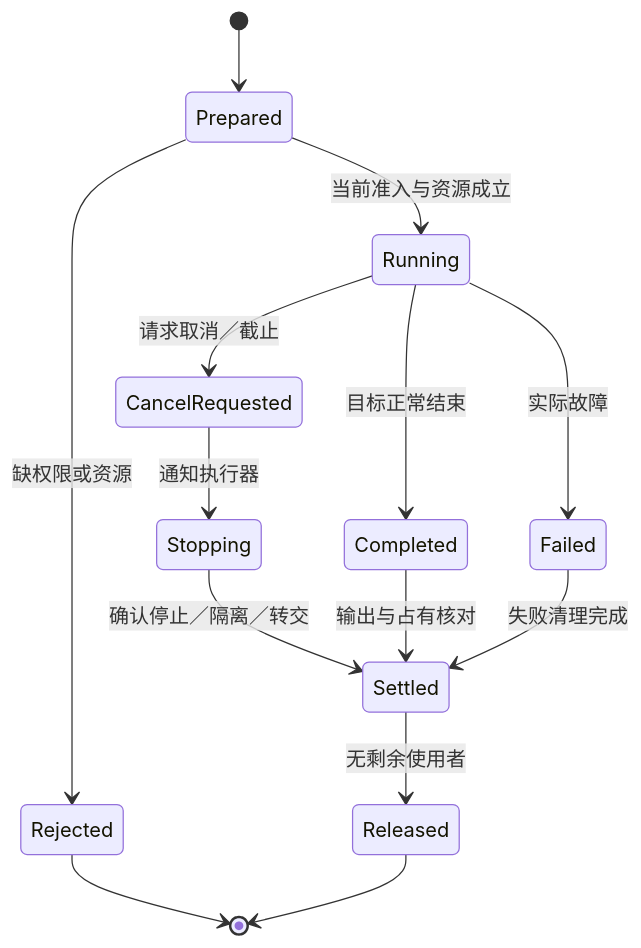
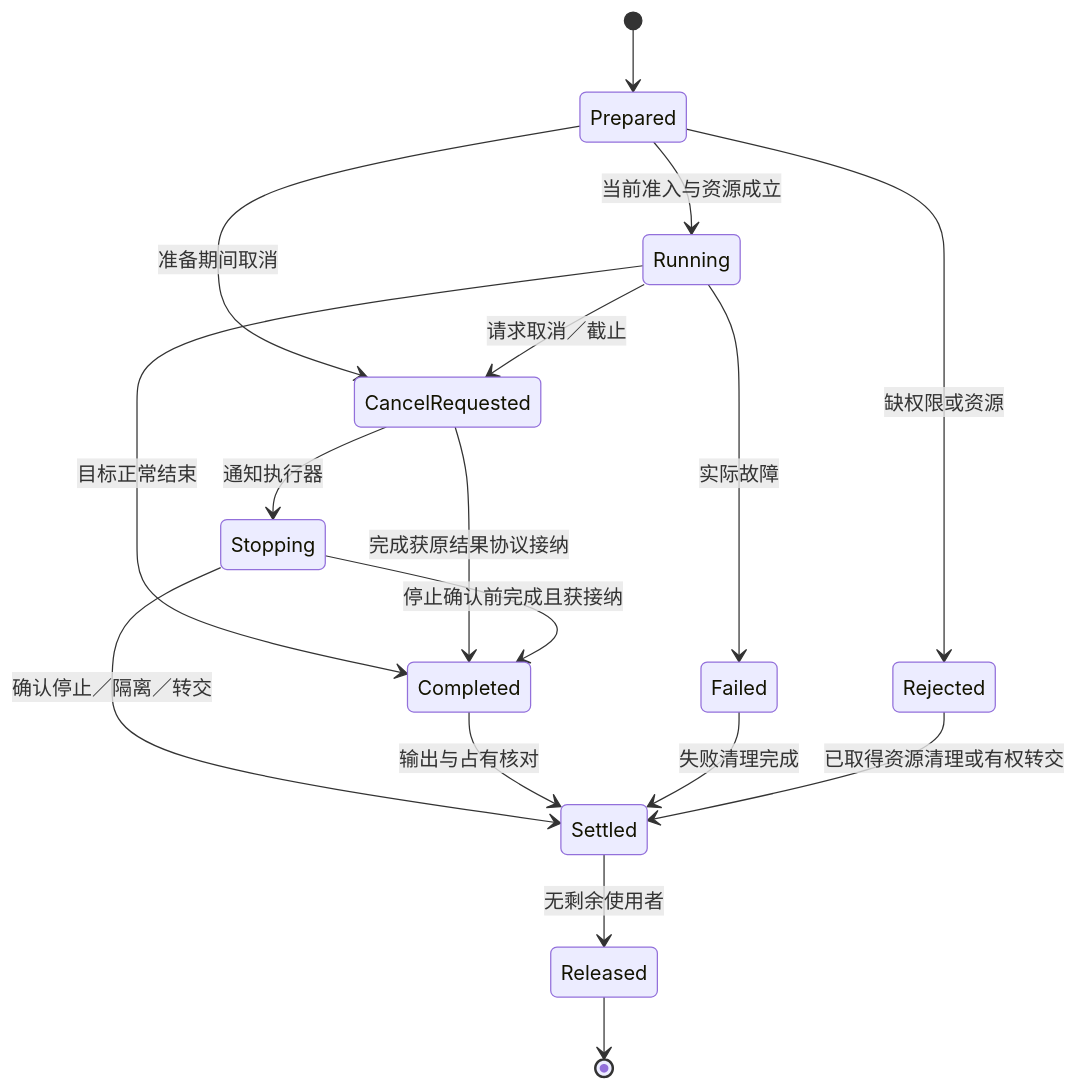
The first of 7 diagrams in docs/运行/发布运行与资源生命周期.md (sec-platform/sec), drawn with Mermaid before and after one commit. The commit also changed other lines of this file and 1462 other files, not shown here.

````diff
--- a/docs/运行/发布运行与资源生命周期.md
+++ b/docs/运行/发布运行与资源生命周期.md
@@ -43,16 +45,19 @@
 ```mermaid
 stateDiagram-v2
  [*] --> Prepared
  Prepared --> Running: 当前准入与资源成立
  Prepared --> Rejected: 缺权限或资源
+ Prepared --> CancelRequested: 准备期间取消
  Running --> Completed: 目标正常结束
  Running --> Failed: 实际故障
  Running --> CancelRequested: 请求取消／截止
  CancelRequested --> Stopping: 通知执行器
+ CancelRequested --> Completed: 完成获原结果协议接纳
+ Stopping --> Completed: 停止确认前完成且获接纳
  Stopping --> Settled: 确认停止／隔离／转交
  Completed --> Settled: 输出与占有核对
  Failed --> Settled: 失败清理完成
  Settled --> Released: 无剩余使用者
- Rejected --> [*]
+ Rejected --> Settled: 已取得资源清理或有权转交
  Released --> [*]
 ```
````
